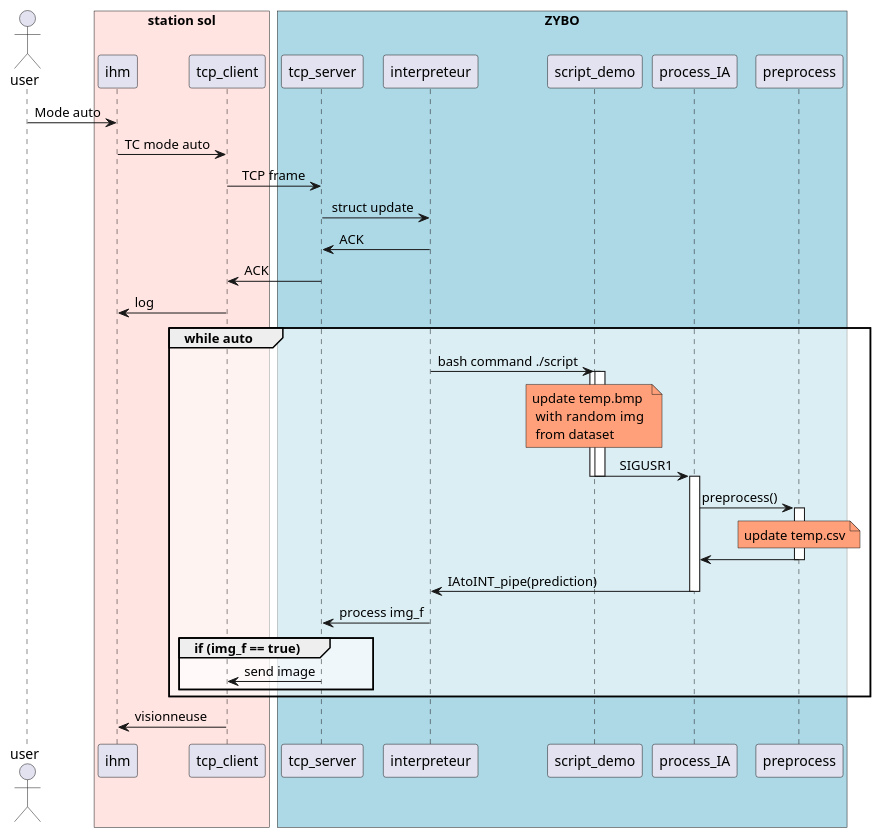
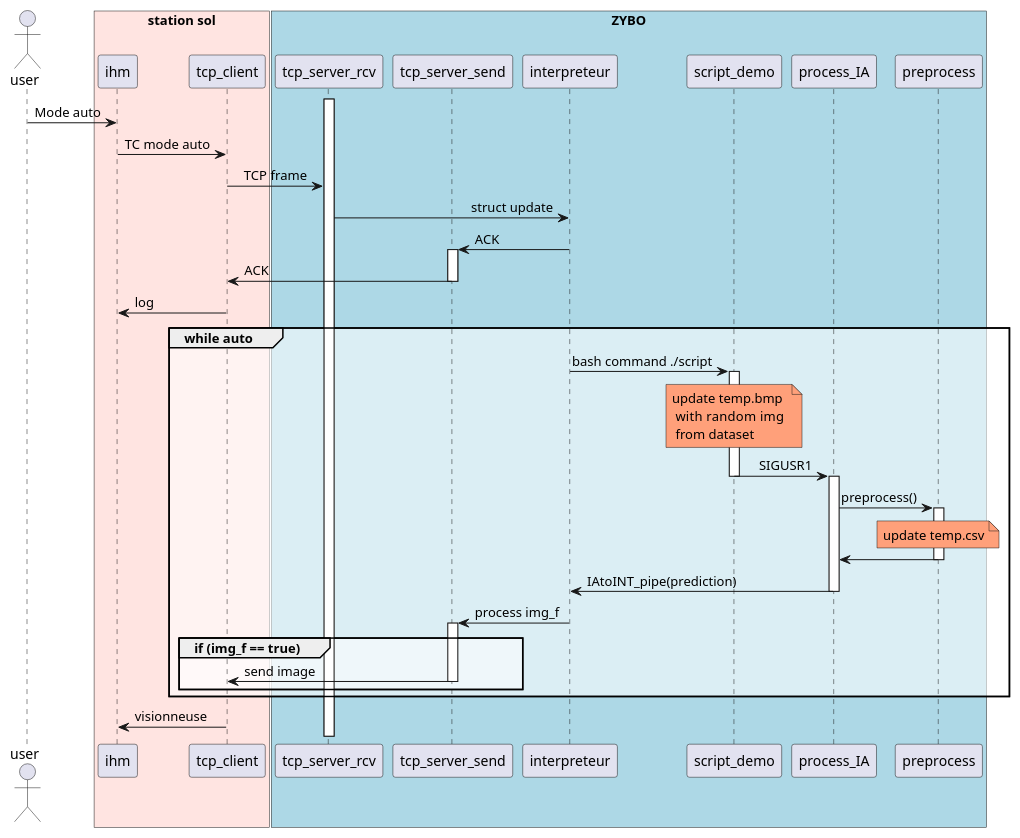
Before and after one commit to GuilhemROLLAND/A-Eye_Documentation: the diagram in plantuml/A-eye-visor.plantuml, drawn with PlantUML. The commit also changed 1 other file, not shown here.

Commit message:
added thread for tcp_server

```diff
--- a/plantuml/A-eye-visor.plantuml
+++ b/plantuml/A-eye-visor.plantuml
@@ -1,49 +1,55 @@
 @startuml Sequence mode auto
 
 skinparam SequenceGroupBodyBackgroundColor #FFFFFF90
 skinparam SequenceMessageAlign reverseDirection
 
+actor user order 1
+
 box "ZYBO" #LightBlue
-    participant process_IA as ia order 7
-    participant preprocess as pr order 8
-    participant script_demo as script order 6
-    participant interpreteur as int order 5
-    participant tcp_server as server order 4
+    participant tcp_server_rcv as server_rcv order 4
+    participant tcp_server_send as server_send order 5
+    participant interpreteur as int order 6
+    participant script_demo as script order 7
+    participant process_IA as ia order 8
+    participant preprocess as pr order 9
 end box
+
 box "station sol" #MistyRose
+    participant ihm as ihm order 2
     participant tcp_client as client order 3
-    participant ihm as ihm order 2
 end box
-actor user order 1
+
+activate server_rcv
 user -> ihm : Mode auto
 ihm -> client : TC mode auto
-client -> server : TCP frame
-server -> int : struct update
-int -> server : ACK 
-server -> client : ACK
+client -> server_rcv : TCP frame
+server_rcv -> int : struct update
+int -> server_send : ACK 
+activate server_send
+server_send -> client : ACK
+deactivate server_send
 client -> ihm : log
     group while auto
         int -> script : bash command ./script
         activate script 
         note over script #LightSalmon:  update temp.bmp \n with  random img \n from dataset
-        ' script -> script : update temp.bmp \n with  random img \n from dataset
-        activate script 
         script -> ia : SIGUSR1
-        deactivate script
         deactivate script
         activate ia 
         ia -> pr : preprocess()
         activate pr 
         note over pr #LightSalmon : update temp.csv 
         ' pr -> pr : update temp.csv
         pr -> ia
         deactivate pr 
         ia -> int : IAtoINT_pipe(prediction)
         deactivate ia
-        int -> server : process img_f
+        int -> server_send : process img_f
         group if (img_f == true)
-            server -> client : send image
+            activate server_send
+            server_send -> client : send image
+            deactivate server_send
         end
     end
     client -> ihm : visionneuse
 @enduml
```
